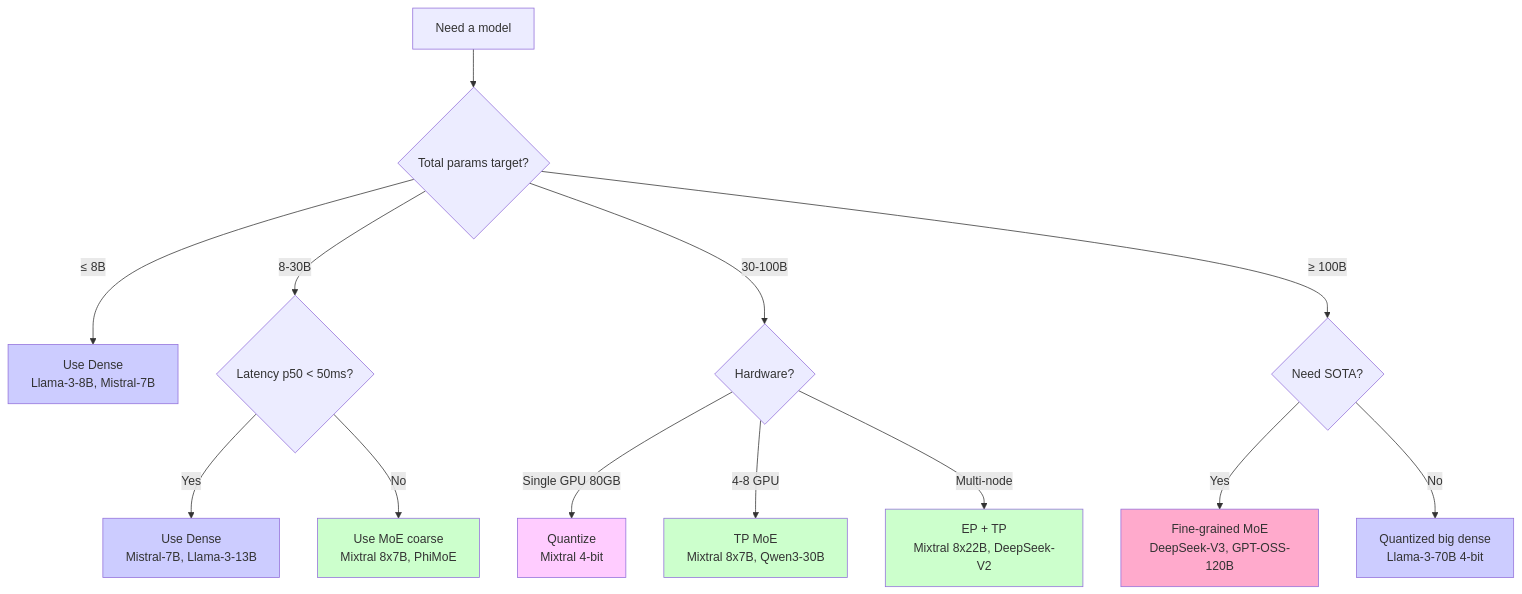
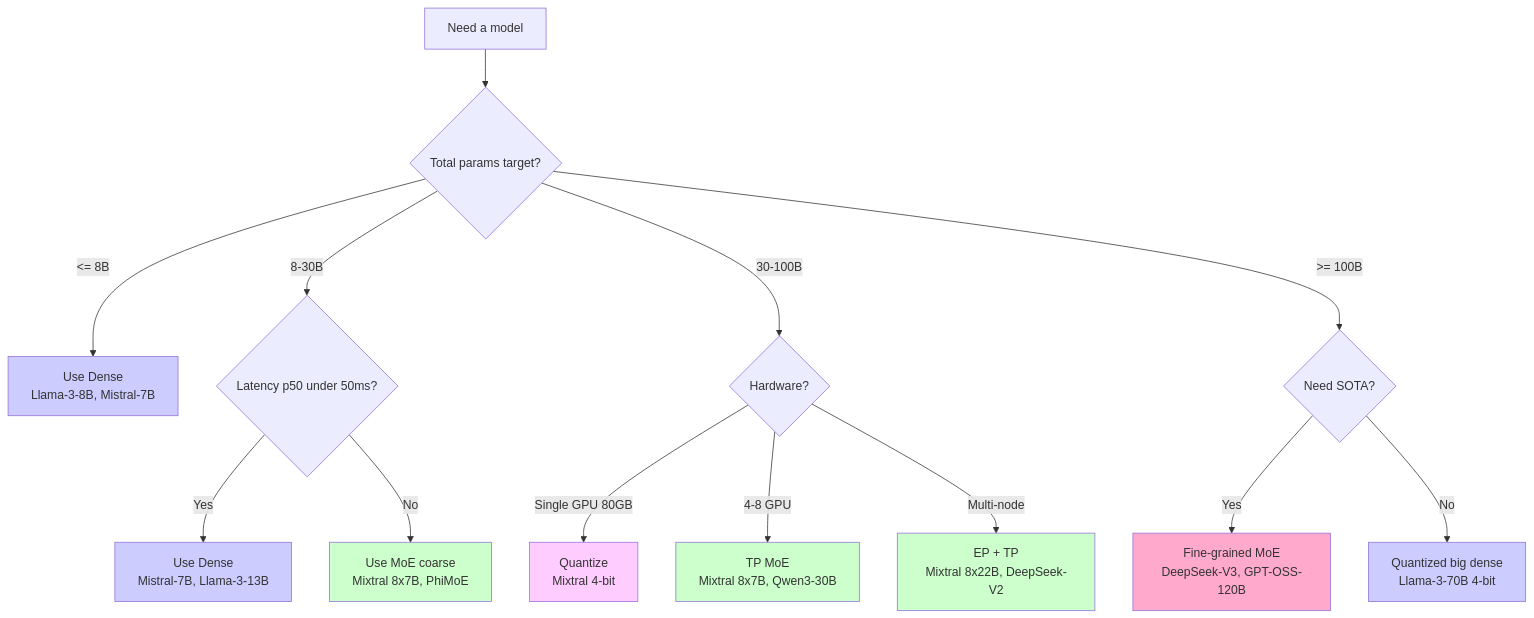
Before and after one commit to tuandung222/mixture-of-experts-from-source: the ninth of 9 diagrams in docs/06-mathematical-modeling/06-visualizations-gallery.md, drawn with Mermaid. The commit also changed other lines of this file and 9 other files, not shown here.

Commit message:
D8: fix Mermaid parse errors, add qa:mermaid validator + update AGENTS.md

````diff
--- a/docs/06-mathematical-modeling/06-visualizations-gallery.md
+++ b/docs/06-mathematical-modeling/06-visualizations-gallery.md
@@ -376,24 +376,24 @@
 ```mermaid
 flowchart TD
-    Start[Need a model] --> Q1{Total params target?}
-    Q1 -->|≤ 8B| Dense1[Use Dense<br/>Llama-3-8B, Mistral-7B]
-    Q1 -->|8-30B| Q2{Latency p50 < 50ms?}
-    Q2 -->|Yes| Dense2[Use Dense<br/>Mistral-7B, Llama-3-13B]
-    Q2 -->|No| MoESmall[Use MoE coarse<br/>Mixtral 8x7B, PhiMoE]
-    Q1 -->|30-100B| Q3{Hardware?}
-    Q3 -->|Single GPU 80GB| Quant[Quantize<br/>Mixtral 4-bit]
-    Q3 -->|4-8 GPU| TPMoE[TP MoE<br/>Mixtral 8x7B, Qwen3-30B]
-    Q3 -->|Multi-node| EPMoE[EP + TP<br/>Mixtral 8x22B, DeepSeek-V2]
-    Q1 -->|≥ 100B| Q4{Need SOTA?}
-    Q4 -->|Yes| Frontier[Fine-grained MoE<br/>DeepSeek-V3, GPT-OSS-120B]
-    Q4 -->|No| Quant2[Quantized big dense<br/>Llama-3-70B 4-bit]
+    Start["Need a model"] --> Q1{"Total params target?"}
+    Q1 -->|"<= 8B"| Dense1["Use Dense<br/>Llama-3-8B, Mistral-7B"]
+    Q1 -->|"8-30B"| Q2{"Latency p50 under 50ms?"}
+    Q2 -->|"Yes"| Dense2["Use Dense<br/>Mistral-7B, Llama-3-13B"]
+    Q2 -->|No| MoESmall["Use MoE coarse<br/>Mixtral 8x7B, PhiMoE"]
+    Q1 -->|"30-100B"| Q3{"Hardware?"}
+    Q3 -->|"Single GPU 80GB"| Quant["Quantize<br/>Mixtral 4-bit"]
+    Q3 -->|"4-8 GPU"| TPMoE["TP MoE<br/>Mixtral 8x7B, Qwen3-30B"]
+    Q3 -->|"Multi-node"| EPMoE["EP + TP<br/>Mixtral 8x22B, DeepSeek-V2"]
+    Q1 -->|">= 100B"| Q4{"Need SOTA?"}
+    Q4 -->|"Yes"| Frontier["Fine-grained MoE<br/>DeepSeek-V3, GPT-OSS-120B"]
+    Q4 -->|"No"| Quant2["Quantized big dense<br/>Llama-3-70B 4-bit"]
 
     style Dense1 fill:#ccf
     style Dense2 fill:#ccf
     style MoESmall fill:#cfc
     style Quant fill:#fcf
     style TPMoE fill:#cfc
     style EPMoE fill:#cfc
     style Frontier fill:#fac
     style Quant2 fill:#ccf
 ```
````
